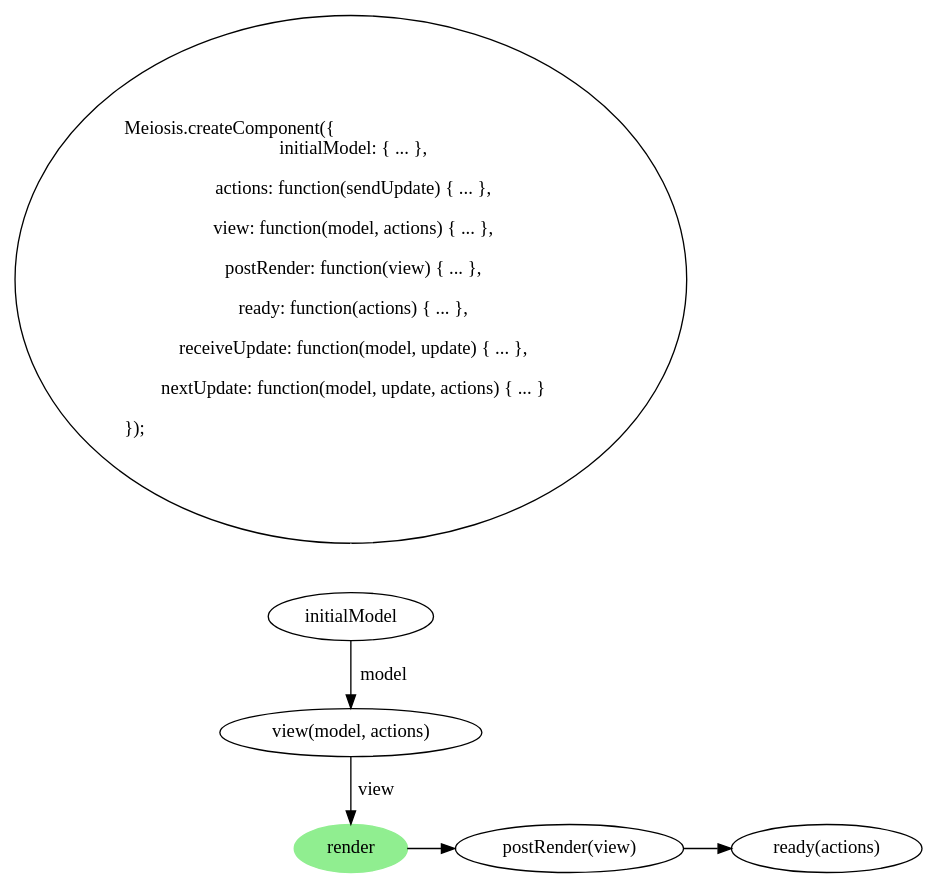
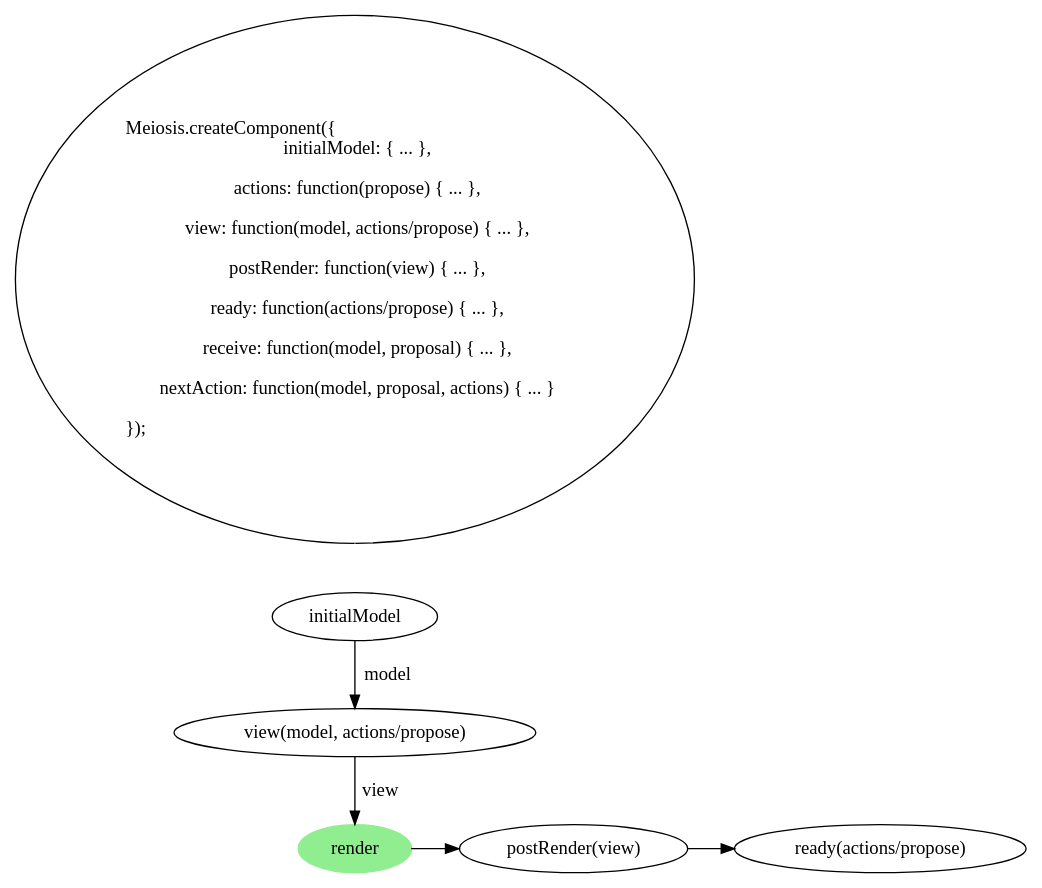
One commit to foxdonut/meiosis-guide changed the diagram in images/meiosis_init.dot. Above: the diagram before and after it, drawn with Graphviz. The commit also changed 3 other files, not shown here.

Commit message:
Update big-picture diagrams.

```diff
--- a/images/meiosis_init.dot
+++ b/images/meiosis_init.dot
@@ -1,24 +1,24 @@
 digraph meiosis_init {
   createComponent [fontname=Hack, label = "\lMeiosis.createComponent(\{\l\ \ initialModel: \{ ... \},
-    \l  actions: function(sendUpdate) \{ ... \},
-    \l  view: function(model, actions) \{ ... \},
+    \l  actions: function(propose) \{ ... \},
+    \l  view: function(model, actions/propose) \{ ... \},
     \l  postRender: function(view) \{ ... \},
-    \l  ready: function(actions) \{ ... \},
-    \l  receiveUpdate: function(model, update) \{ ... \},
-    \l  nextUpdate: function(model, update, actions) \{ ... \}
+    \l  ready: function(actions/propose) \{ ... \},
+    \l  receive: function(model, proposal) \{ ... \},
+    \l  nextAction: function(model, proposal, actions) \{ ... \}
     \l\});\l\l"]
 
   initialModel [fontname=Hack]
-  view [label = "view(model, actions)", fontname=Hack]
+  view [label = "view(model, actions/propose)", fontname=Hack]
   render [style=filled, color=lightgreen]
   postRender [label = "postRender(view)", fontname=Hack]
-  ready [label = "ready(actions)", fontname=Hack]
+  ready [label = "ready(actions/propose)", fontname=Hack]
 
   {rank=same; render postRender ready}
 
   createComponent -> initialModel [arrowhead=none, arrowtail=empty, color=white]
   initialModel -> view [label = " model"]
   view -> render [label = " view"]
   render -> postRender
   postRender -> ready
 }
```
